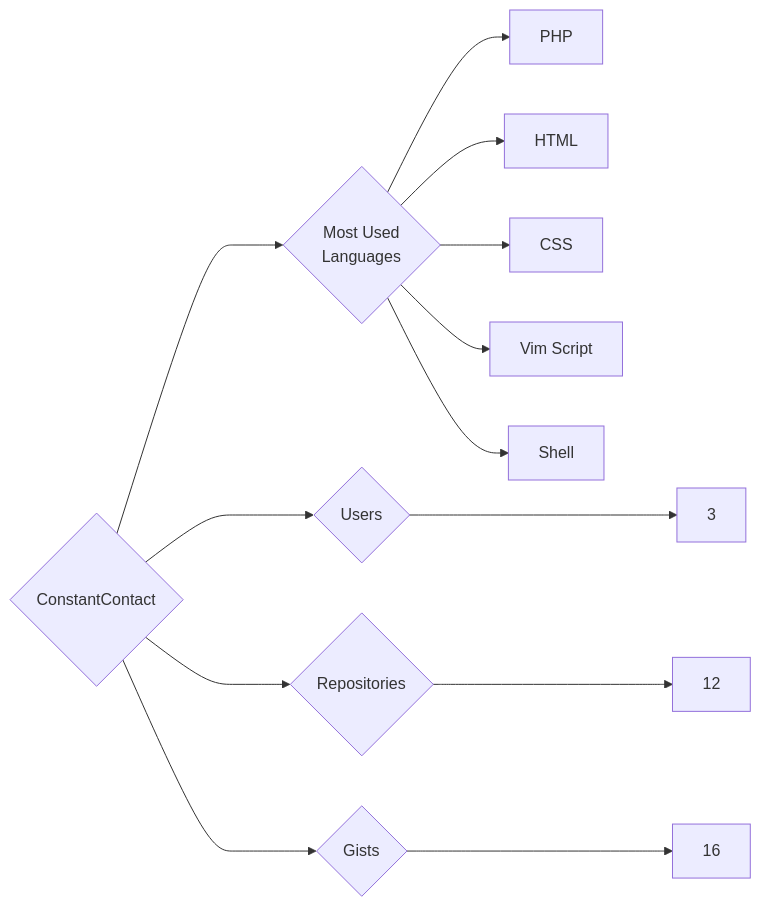
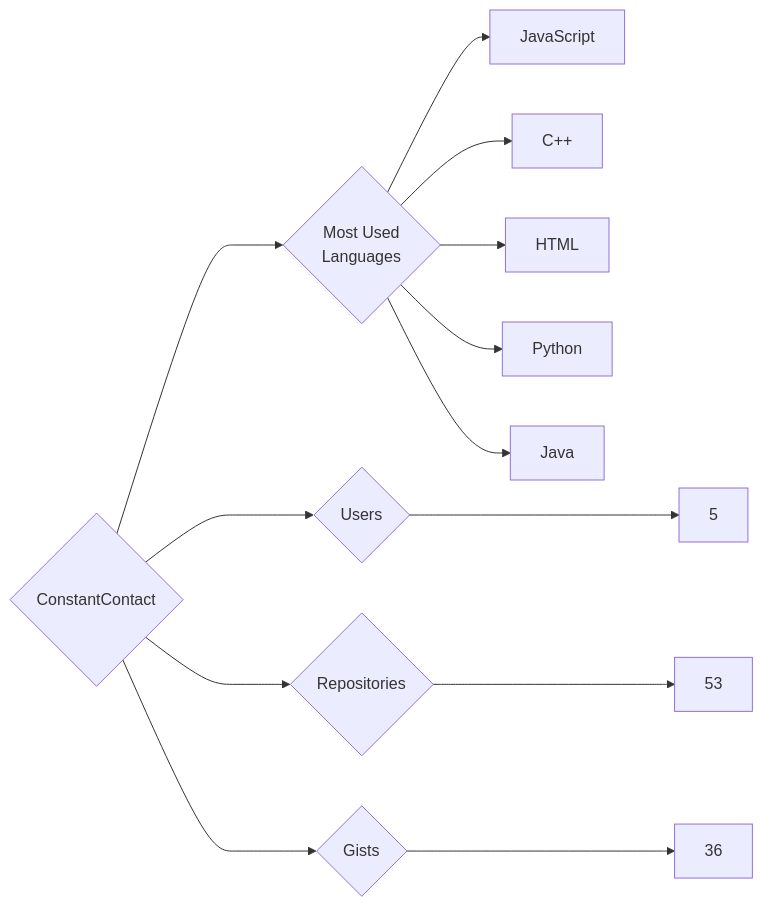
One commit to trickest/insiders changed the diagram in targets/ConstantContact/README.md. Above: the diagram before and after it, drawn with Mermaid. The commit also changed 938 other files, not shown here.

````diff
--- a/targets/ConstantContact/README.md
+++ b/targets/ConstantContact/README.md
@@ -3,13 +3,13 @@
 ```mermaid
 graph LR
 COMPANY_NAME{ConstantContact}
-COMPANY_NAME ---> U{Users} ---> UN[3]
-COMPANY_NAME ---> R{Repositories} ---> RN[12]
-COMPANY_NAME ---> G{Gists} ---> GN[16]
+COMPANY_NAME ---> U{Users} ---> UN[5]
+COMPANY_NAME ---> R{Repositories} ---> RN[53]
+COMPANY_NAME ---> G{Gists} ---> GN[36]
 COMPANY_NAME ---> ML{Most Used<br>Languages}
-ML --> PHP[PHP]
+ML --> JavaScript[JavaScript]
+ML --> C++[C++]
 ML --> HTML[HTML]
-ML --> CSS[CSS]
-ML --> Vim_Script[Vim Script]
-ML --> Shell[Shell]
+ML --> Python[Python]
+ML --> Java[Java]
 ```
````
